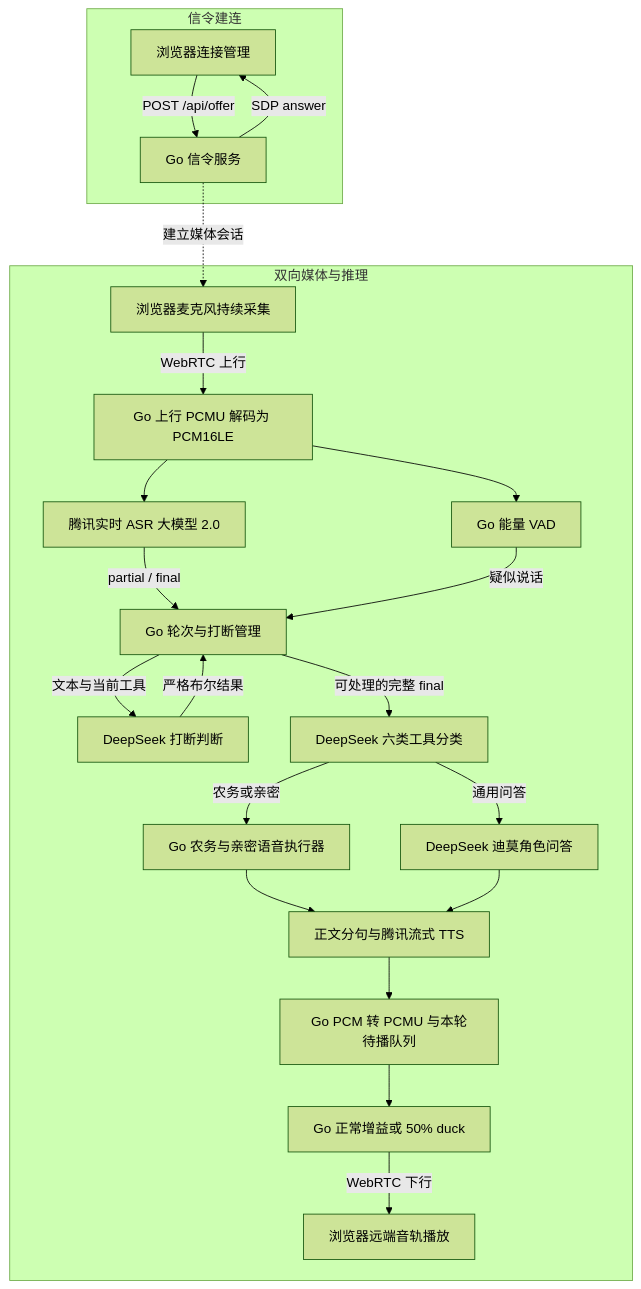
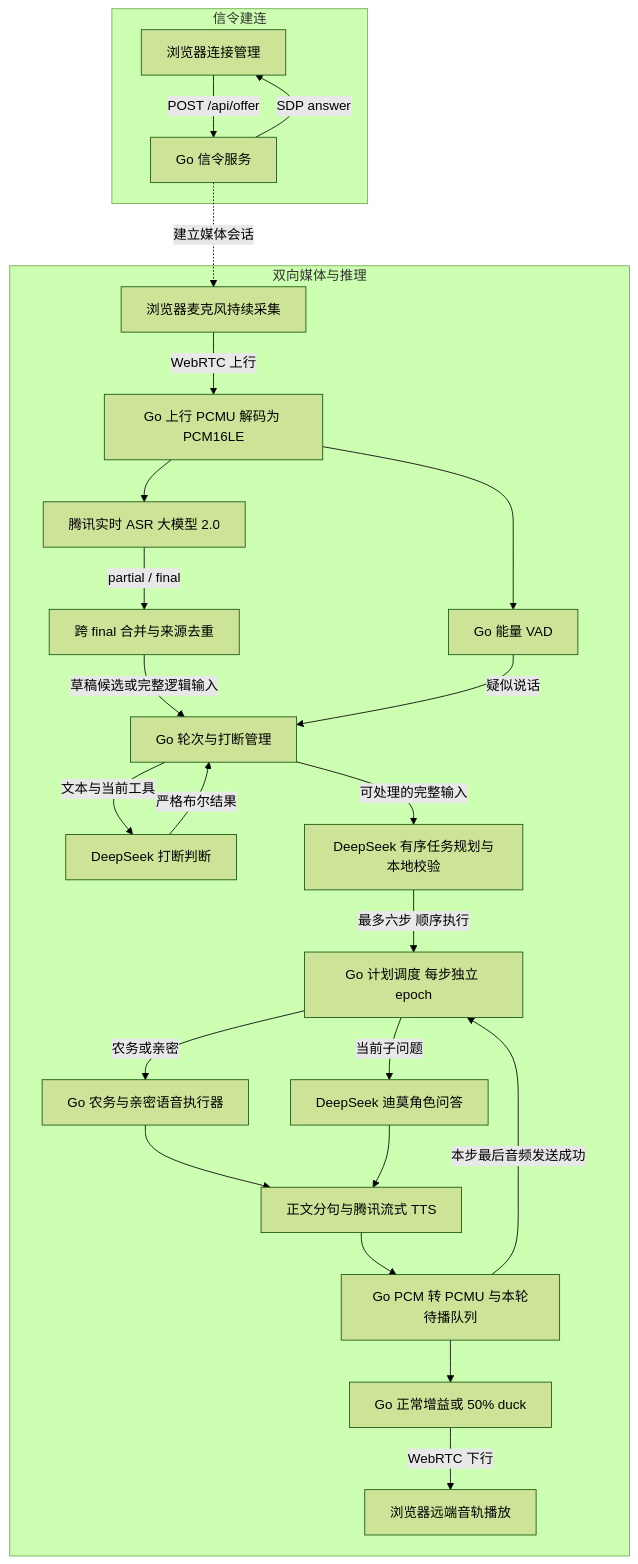
Before and after one commit to zjn20021020/WebRTC: the first of 3 diagrams in docs/架构与状态机说明.md, drawn with Mermaid (forest theme). The commit also changed other lines of this file and 55 other files, not shown here.

Commit message:
feat: merge ASR finals and execute ordered task plans

````diff
--- a/docs/架构与状态机说明.md
+++ b/docs/架构与状态机说明.md
@@ -5,40 +5,45 @@
 ```mermaid
 flowchart TB
   subgraph Setup[信令建连]
     Client[浏览器连接管理]
     Signal[Go 信令服务]
     Client -->|POST /api/offer| Signal
     Signal -->|SDP answer| Client
   end
   Signal -. 建立媒体会话 .-> Mic
   subgraph Conversation[双向媒体与推理]
     Mic[浏览器麦克风持续采集]
     RTP[Go 上行 PCMU 解码为 PCM16LE]
     ASR[腾讯实时 ASR 大模型 2.0]
     VAD[Go 能量 VAD]
     Manager[Go 轮次与打断管理]
     Intent[DeepSeek 打断判断]
-    Action[DeepSeek 六类工具分类]
+    Merge[跨 final 合并与来源去重]
+    Action[DeepSeek 有序任务规划与本地校验]
+    Plan[Go 计划调度 每步独立 epoch]
     Executor[Go 农务与亲密语音执行器]
     LLM[DeepSeek 迪莫角色问答]
     TTS[正文分句与腾讯流式 TTS]
     Queue[Go PCM 转 PCMU 与本轮待播队列]
     Gain[Go 正常增益或 50% duck]
     Speaker[浏览器远端音轨播放]
     Mic -->|WebRTC 上行| RTP
     RTP --> ASR
     RTP --> VAD
-    ASR -->|partial / final| Manager
+    ASR -->|partial / final| Merge
+    Merge -->|草稿候选或完整逻辑输入| Manager
     VAD -->|疑似说话| Manager
     Manager -->|文本与当前工具| Intent
     Intent -->|严格布尔结果| Manager
-    Manager -->|可处理的完整 final| Action
-    Action -->|农务或亲密| Executor
-    Action -->|通用问答| LLM
+    Manager -->|可处理的完整输入| Action
+    Action -->|最多六步 顺序执行| Plan
+    Plan -->|农务或亲密| Executor
+    Plan -->|当前子问题| LLM
     Executor --> TTS
     LLM --> TTS
     TTS --> Queue
     Queue --> Gain
     Gain -->|WebRTC 下行| Speaker
+    Queue -->|本步最后音频发送成功| Plan
   end
 ```
````
